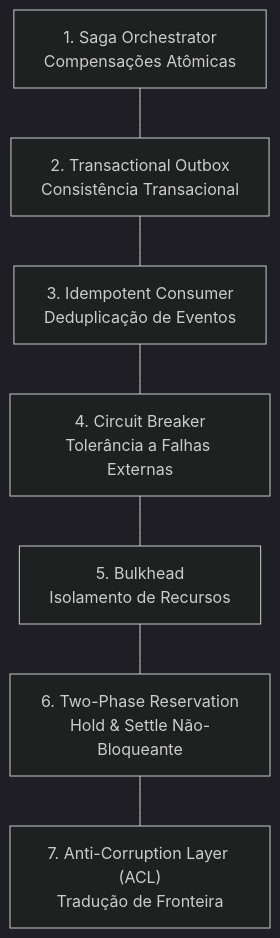
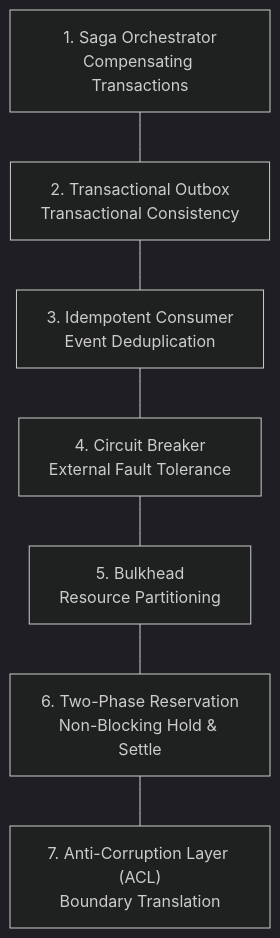
Before and after one commit to mathmach/mathmach.github.io: the diagram in docs/architecture/distributed-resilience-patterns.md, drawn with Mermaid (dark theme). The commit also changed other lines of this file and 7 other files, not shown here.

Commit message:
docs: translate all architectural and methodology foundations to English

````diff
--- a/docs/architecture/distributed-resilience-patterns.md
+++ b/docs/architecture/distributed-resilience-patterns.md
@@ -9,9 +9,9 @@
 ```mermaid
 graph TD
-    Saga["1. Saga Orchestrator<br/>Compensações Atômicas"] --- Outbox["2. Transactional Outbox<br/>Consistência Transacional"]
-    Outbox --- Idemp["3. Idempotent Consumer<br/>Deduplicação de Eventos"]
-    Idemp --- CB["4. Circuit Breaker<br/>Tolerância a Falhas Externas"]
-    CB --- Bulkhead["5. Bulkhead<br/>Isolamento de Recursos"]
-    Bulkhead --- TwoPhase["6. Two-Phase Reservation<br/>Hold & Settle Não-Bloqueante"]
-    TwoPhase --- ACL["7. Anti-Corruption Layer (ACL)<br/>Tradução de Fronteira"]
+    Saga["1. Saga Orchestrator<br/>Compensating Transactions"] --- Outbox["2. Transactional Outbox<br/>Transactional Consistency"]
+    Outbox --- Idemp["3. Idempotent Consumer<br/>Event Deduplication"]
+    Idemp --- CB["4. Circuit Breaker<br/>External Fault Tolerance"]
+    CB --- Bulkhead["5. Bulkhead<br/>Resource Partitioning"]
+    Bulkhead --- TwoPhase["6. Two-Phase Reservation<br/>Non-Blocking Hold & Settle"]
+    TwoPhase --- ACL["7. Anti-Corruption Layer (ACL)<br/>Boundary Translation"]
 ```
````
